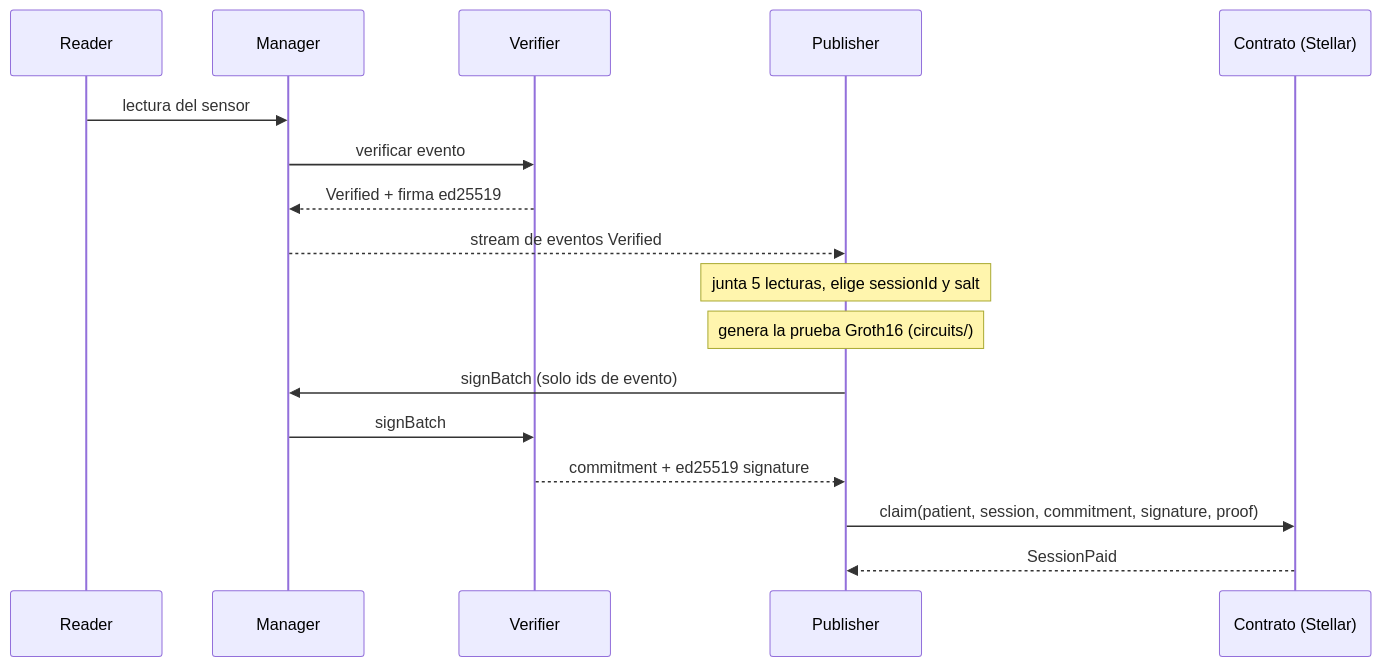
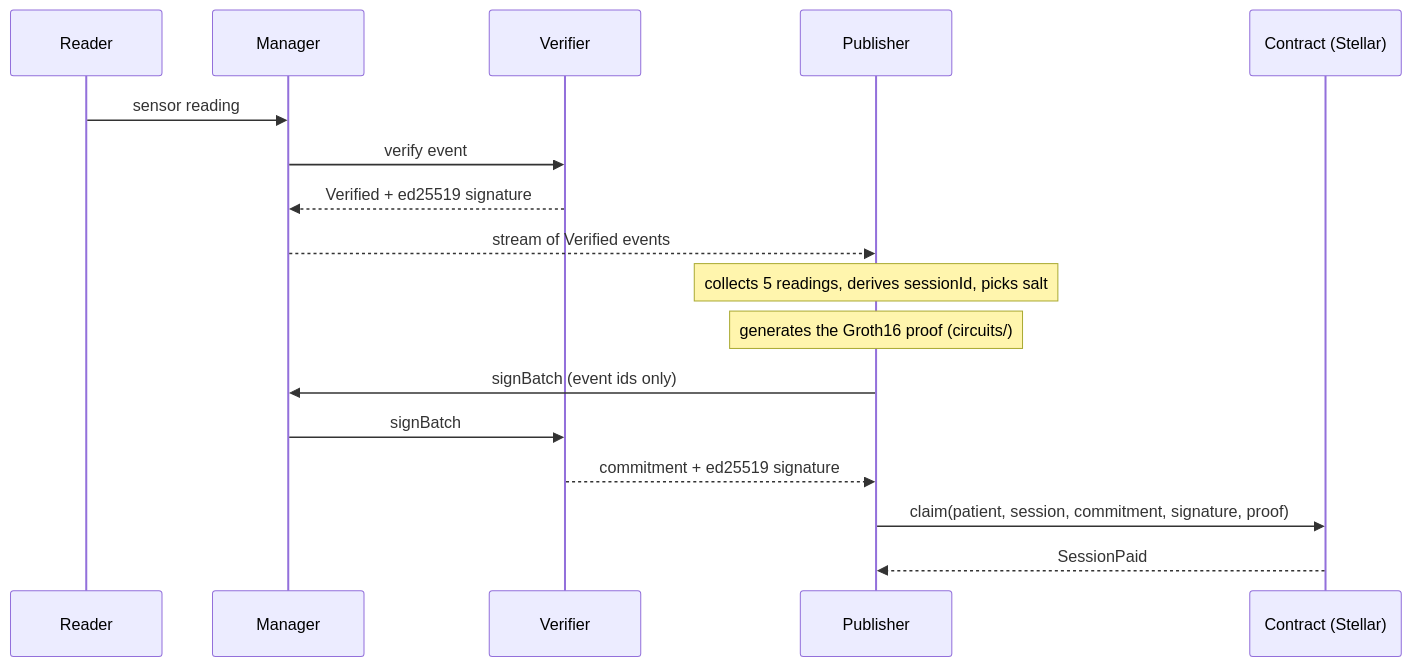
The first of 2 diagrams in README.md (ParriCode/phonedo), drawn with Mermaid before and after one commit. The commit also changed other lines of this file, not shown here.

````diff
--- a/README.md
+++ b/README.md
@@ -62,19 +63,19 @@
 ```mermaid
 sequenceDiagram
     participant R as Reader
     participant M as Manager
     participant V as Verifier
     participant P as Publisher
-    participant C as Contrato (Stellar)
-    R->>M: lectura del sensor
-    M->>V: verificar evento
-    V-->>M: Verified + firma ed25519
-    M-->>P: stream de eventos Verified
-    Note over P: junta 5 lecturas, elige sessionId y salt
-    Note over P: genera la prueba Groth16 (circuits/)
-    P->>M: signBatch (solo ids de evento)
+    participant C as Contract (Stellar)
+    R->>M: sensor reading
+    M->>V: verify event
+    V-->>M: Verified + ed25519 signature
+    M-->>P: stream of Verified events
+    Note over P: collects 5 readings, derives sessionId, picks salt
+    Note over P: generates the Groth16 proof (circuits/)
+    P->>M: signBatch (event ids only)
     M->>V: signBatch
     V-->>P: commitment + ed25519 signature
     P->>C: claim(patient, session, commitment, signature, proof)
     C-->>P: SessionPaid
 ```
````
